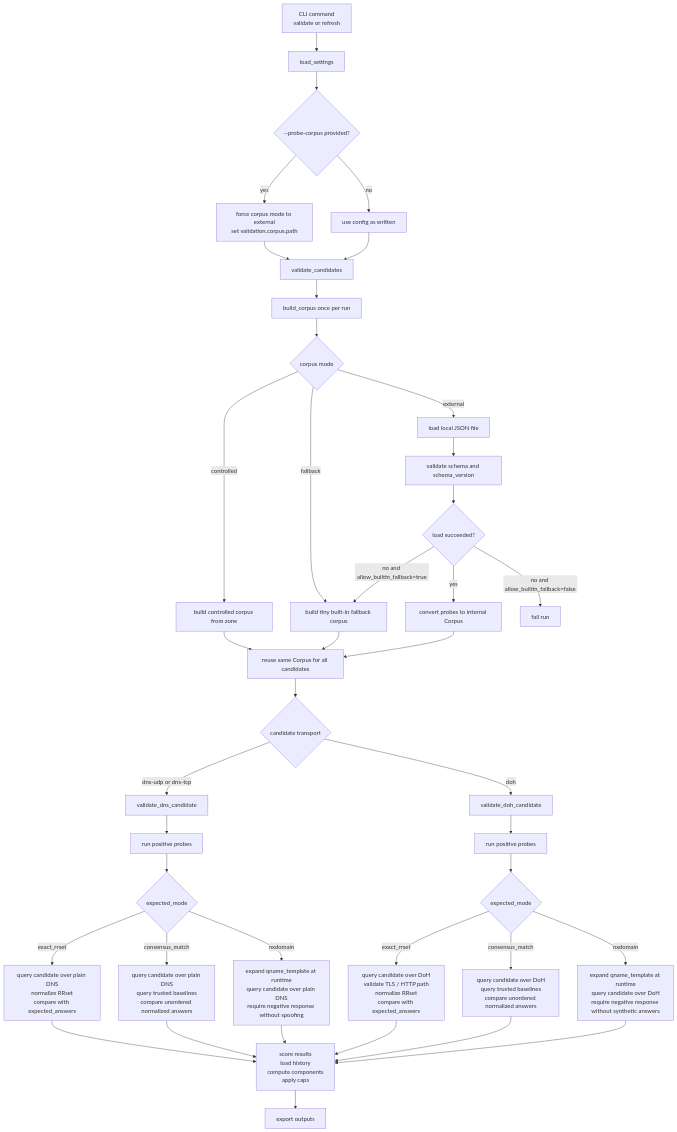
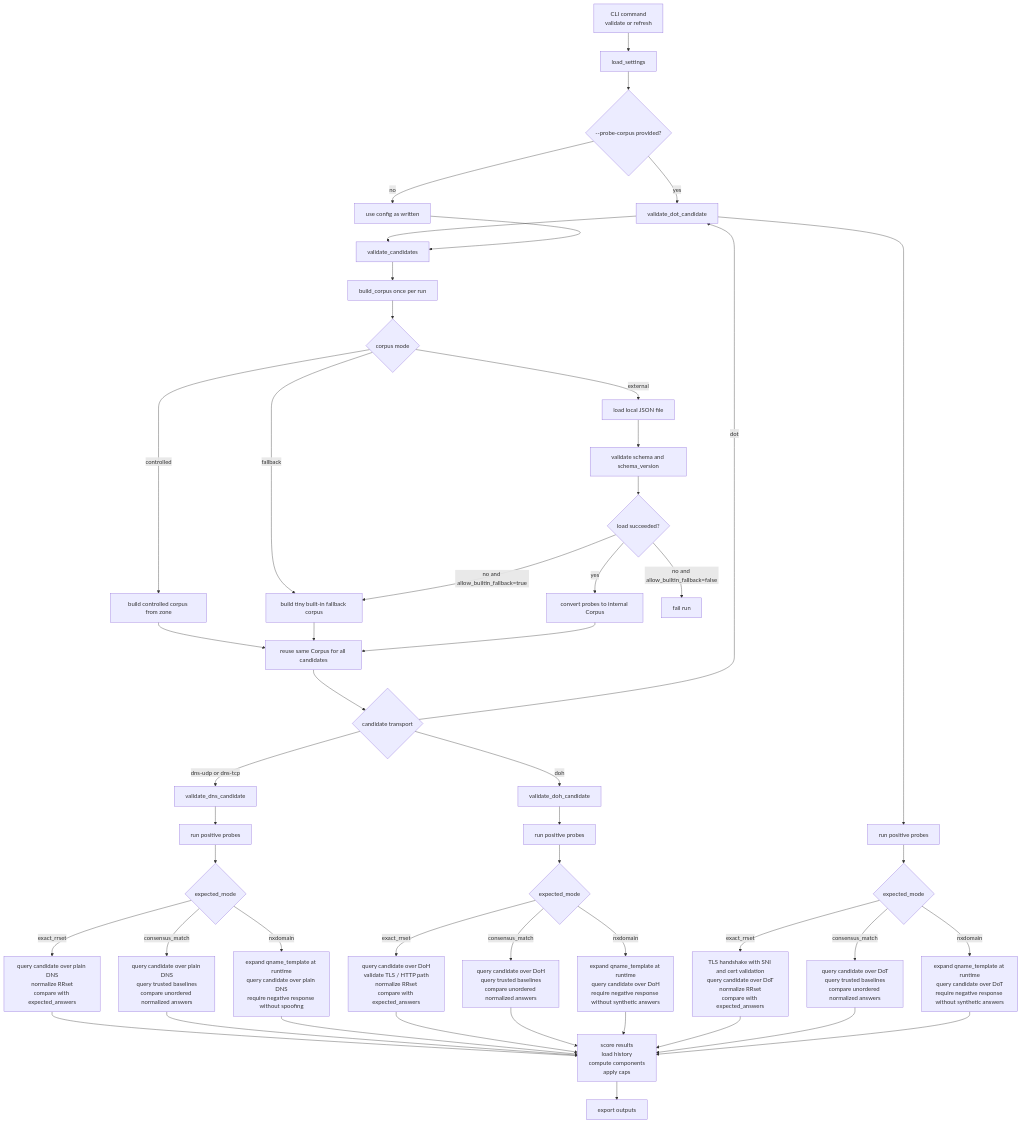
One commit to disposable/public-dns-crawler changed the diagram in README.md. Above: the diagram before and after it, drawn with Mermaid. The commit also changed other lines of this file and 34 other files, not shown here.

````diff
--- a/README.md
+++ b/README.md
@@ -249,45 +274,55 @@
 ```mermaid
 flowchart TD
     A[CLI command<br/>validate or refresh] --> B[load_settings]
     B --> C{--probe-corpus provided?}
     C -->|yes| D[force corpus mode to external<br/>set validation.corpus.path]
     C -->|no| E[use config as written]
     D --> F[validate_candidates]
     E --> F
     F --> G[build_corpus once per run]
     G --> H{corpus mode}
     H -->|controlled| I[build controlled corpus from zone]
     H -->|external| J[load local JSON file]
     H -->|fallback| K[build tiny built-in fallback corpus]
     J --> L[validate schema and schema_version]
     L --> M{load succeeded?}
     M -->|yes| N[convert probes to internal Corpus]
     M -->|no and allow_builtin_fallback=true| K
     M -->|no and allow_builtin_fallback=false| O[fail run]
     I --> P[reuse same Corpus for all candidates]
     K --> P
     N --> P
     P --> Q{candidate transport}
     Q -->|dns-udp or dns-tcp| R[validate_dns_candidate]
     Q -->|doh| S[validate_doh_candidate]
+    Q -->|dot| D[validate_dot_candidate]
 
     R --> R1[run positive probes]
     R1 --> R2{expected_mode}
     R2 -->|exact_rrset| R3[query candidate over plain DNS<br/>normalize RRset<br/>compare with expected_answers]
     R2 -->|consensus_match| R4[query candidate over plain DNS<br/>query trusted baselines<br/>compare unordered normalized answers]
     R2 -->|nxdomain| R5[expand qname_template at runtime<br/>query candidate over plain DNS<br/>require negative response without spoofing]
     R3 --> T[score results<br/>load history<br/>compute components<br/>apply caps]
     R4 --> T
     R5 --> T
 
     S --> S1[run positive probes]
     S1 --> S2{expected_mode}
     S2 -->|exact_rrset| S3[query candidate over DoH<br/>validate TLS / HTTP path<br/>normalize RRset<br/>compare with expected_answers]
     S2 -->|consensus_match| S4[query candidate over DoH<br/>query trusted baselines<br/>compare unordered normalized answers]
     S2 -->|nxdomain| S5[expand qname_template at runtime<br/>query candidate over DoH<br/>require negative response without synthetic answers]
     S3 --> T
     S4 --> T
     S5 --> T
 
+    D --> D1[run positive probes]
+    D1 --> D2{expected_mode}
+    D2 -->|exact_rrset| D3[TLS handshake with SNI and cert validation<br/>query candidate over DoT<br/>normalize RRset<br/>compare with expected_answers]
+    D2 -->|consensus_match| D4[query candidate over DoT<br/>query trusted baselines<br/>compare unordered normalized answers]
+    D2 -->|nxdomain| D5[expand qname_template at runtime<br/>query candidate over DoT<br/>require negative response without synthetic answers]
+    D3 --> T
+    D4 --> T
+    D5 --> T
+
     T --> U[export outputs]
 ```
````
